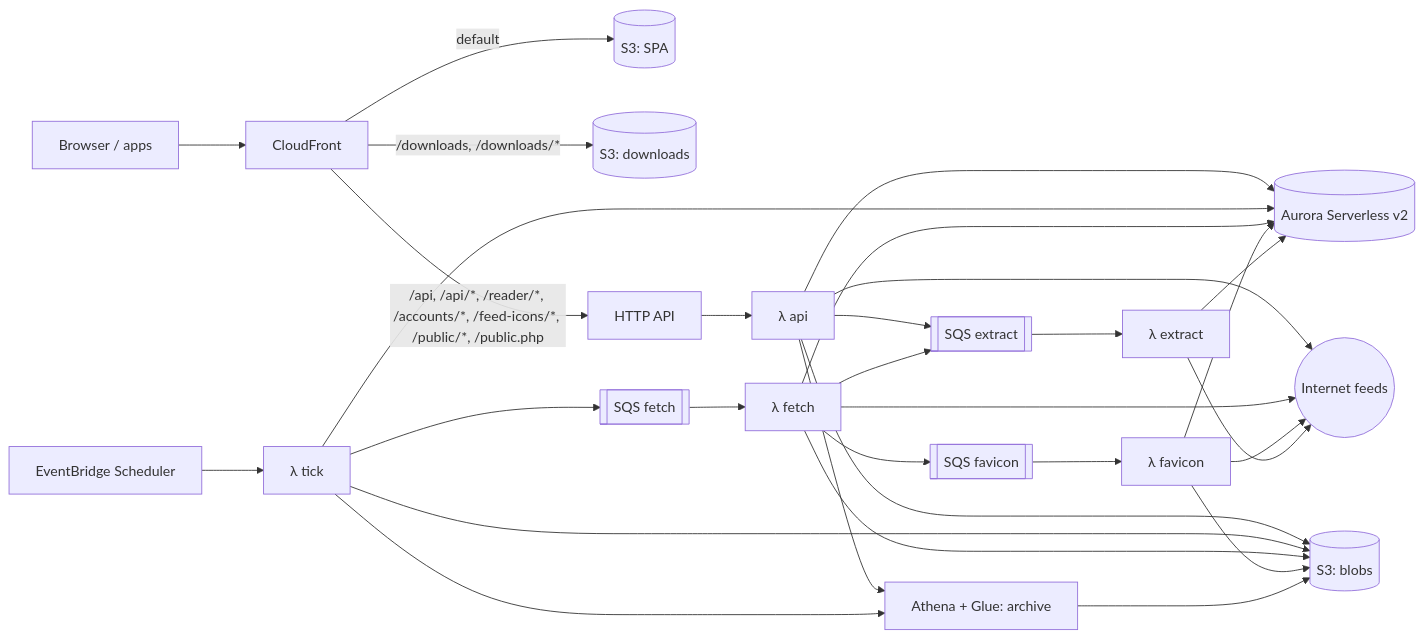
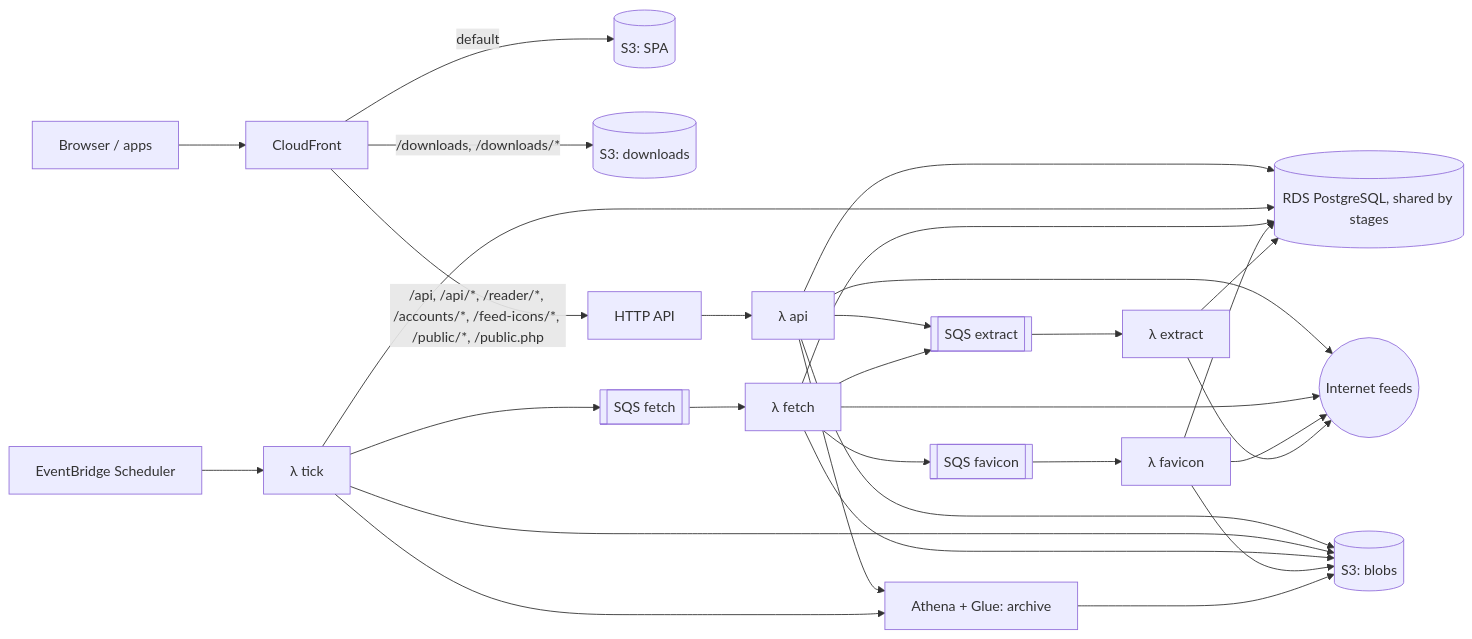
One commit to newses-app/newses changed the diagram in docs/architecture.md. Above: the diagram before and after it, drawn with Mermaid. The commit also changed other lines of this file and 23 other files, not shown here.

Commit message:
feat: shared RDS PostgreSQL instance replaces Aurora; runtime-only budget (Observability #110, refs #71)

````diff
--- a/docs/architecture.md
+++ b/docs/architecture.md
@@ -425,15 +425,15 @@
 ```mermaid
 flowchart LR
   U[Browser / apps] --> CF[CloudFront]
   CF -- default --> S3W[(S3: SPA)]
   CF -- "/downloads, /downloads/*" --> S3D[(S3: downloads)]
   CF -- "/api, /api/*, /reader/*, /accounts/*, /feed-icons/*, /public/*, /public.php" --> API[HTTP API] --> FA[λ api]
   EB[EventBridge Scheduler] --> FT[λ tick]
   FT --> QF[[SQS fetch]] --> FF[λ fetch]
   FF --> QI[[SQS favicon]] --> FI[λ favicon]
   FA & FF --> QX[[SQS extract]] --> FX[λ extract]
-  FA & FT & FF & FI & FX --> DB[(Aurora Serverless v2)]
+  FA & FT & FF & FI & FX --> DB[(RDS PostgreSQL, shared by stages)]
   FA & FT & FF & FI --> S3B[(S3: blobs)]
   FA & FT --> ATH[Athena + Glue: archive] --> S3B
   FA & FF & FI & FX --> NET((Internet feeds))
 ```
````
